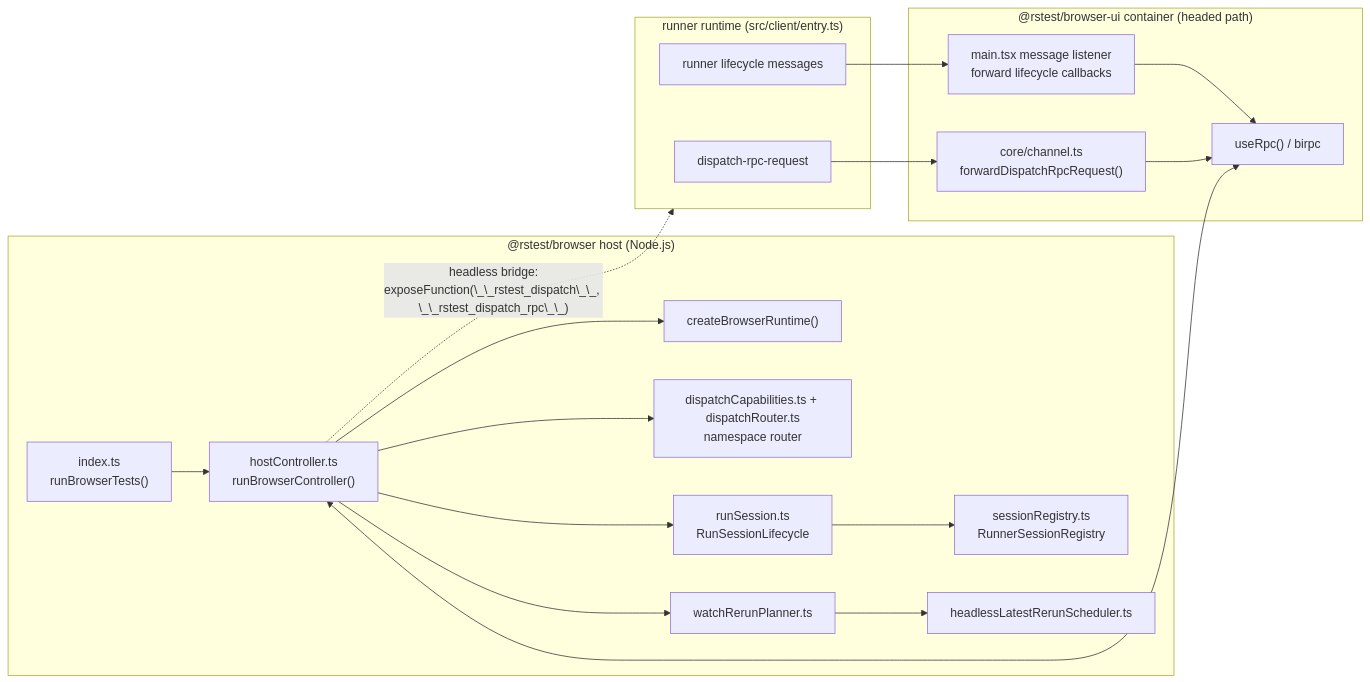
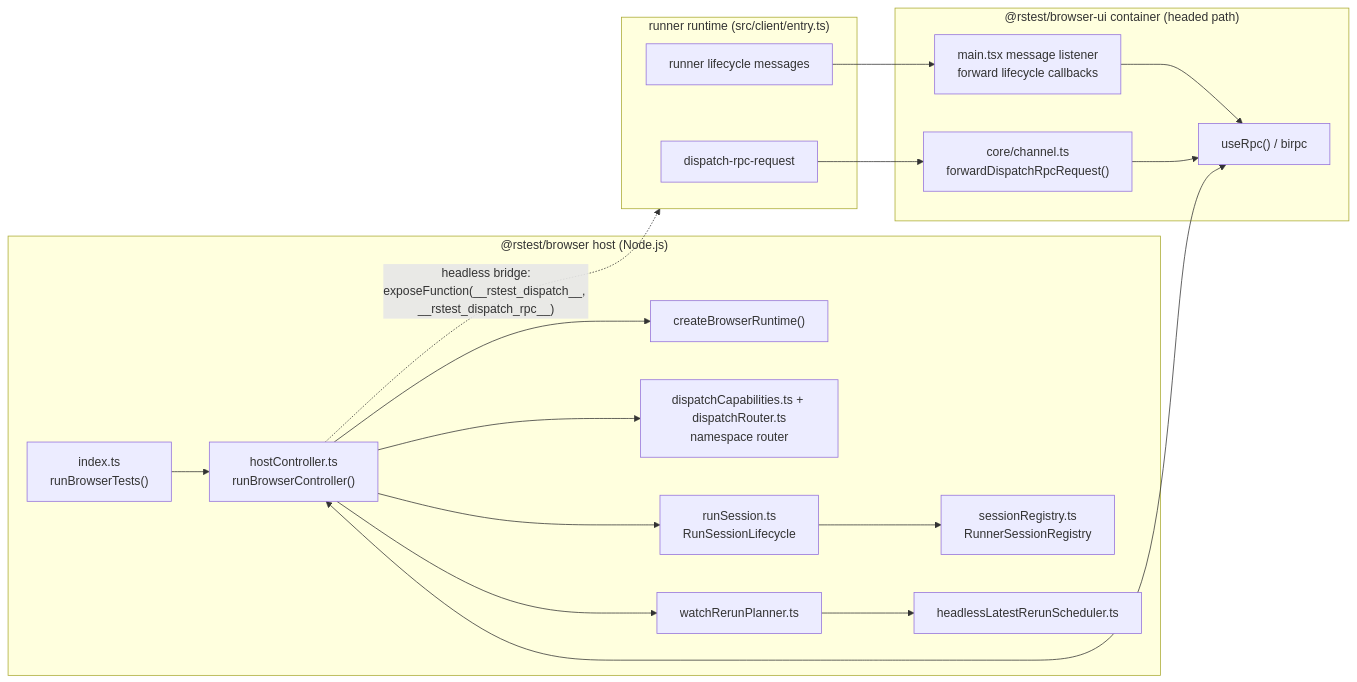
The first of 5 diagrams in packages/browser/src/AGENTS.md (web-infra-dev/rstest), drawn with Mermaid before and after one commit. The commit also changed 15 other files, not shown here.

````diff
--- a/packages/browser/src/AGENTS.md
+++ b/packages/browser/src/AGENTS.md
@@ -7,40 +7,40 @@
 ```mermaid
 flowchart LR
   subgraph Host["@rstest/browser host (Node.js)"]
     IDX["index.ts\nrunBrowserTests()"]
     HC["hostController.ts\nrunBrowserController()"]
     RT["createBrowserRuntime()"]
     DR["dispatchCapabilities.ts + dispatchRouter.ts\nnamespace router"]
     RL["runSession.ts\nRunSessionLifecycle"]
     SR["sessionRegistry.ts\nRunnerSessionRegistry"]
     WP["watchRerunPlanner.ts"]
     LS["headlessLatestRerunScheduler.ts"]
   end
 
   subgraph UI["@rstest/browser-ui container (headed path)"]
     UR["useRpc() / birpc"]
     CH["core/channel.ts\nforwardDispatchRpcRequest()"]
     MH["main.tsx message listener\nforward lifecycle callbacks"]
   end
 
   subgraph Runner["runner runtime (src/client/entry.ts)"]
     MSG["runner lifecycle messages"]
     RPC["dispatch-rpc-request"]
   end
 
   IDX --> HC
   HC --> RT
   HC --> DR
   HC --> WP
   WP --> LS
   HC --> RL
   RL --> SR
 
   UR <--> HC
   MSG --> MH
   MH --> UR
   RPC --> CH
   CH --> UR
 
-  HC -."headless bridge:\nexposeFunction(\_\_rstest_dispatch\_\_, \_\_rstest_dispatch_rpc\_\_)".-> Runner
+  HC -."headless bridge:\nexposeFunction(__rstest_dispatch__, __rstest_dispatch_rpc__)".-> Runner
 ```
````
